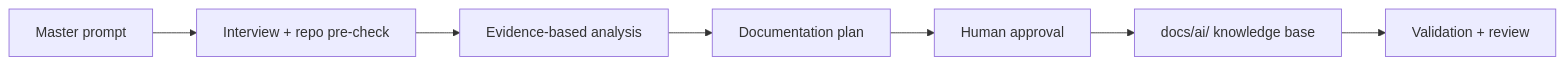
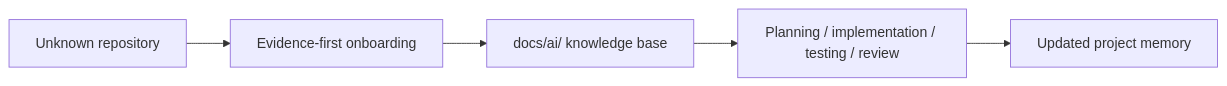
One commit to SametE42/AI-Smart-Superpowers-for-Onboarding changed the diagram in README.md. Above: the diagram before and after it, drawn with Mermaid. The commit also changed other lines of this file and 88 other files, not shown here.

Commit message:
feat: align onboarding docs and strengthen validation

````diff
--- a/README.md
+++ b/README.md
@@ -93,9 +120,7 @@
 ```mermaid
 flowchart LR
-    A["Master prompt"] --> B["Interview + repo pre-check"]
-    B --> C["Evidence-based analysis"]
-    C --> D["Documentation plan"]
-    D --> E["Human approval"]
-    E --> F["docs/ai/ knowledge base"]
-    F --> G["Validation + review"]
+    A["Unknown repository"] --> B["Evidence-first onboarding"]
+    B --> C["docs/ai/ knowledge base"]
+    C --> D["Planning / implementation / testing / review"]
+    D --> E["Updated project memory"]
 ```
````
